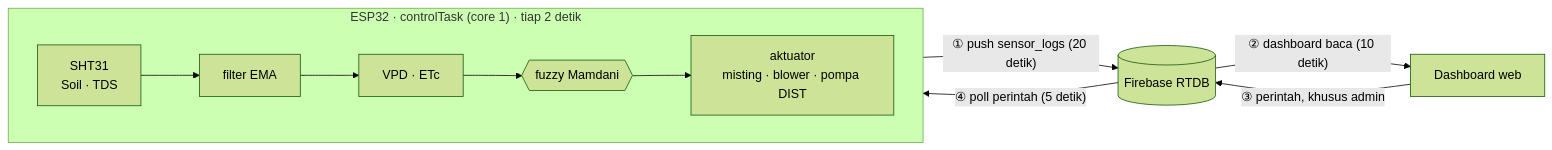
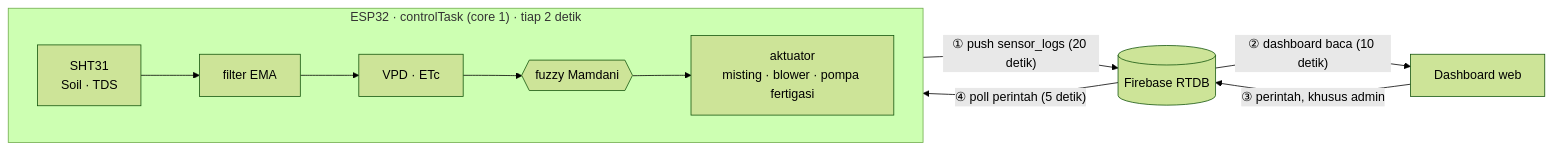
The diagram in README.md (will-zx/smart-greenhouse-dashboard), drawn with Mermaid (forest theme) before and after one commit. The commit also changed other lines of this file, not shown here.

````diff
--- a/README.md
+++ b/README.md
@@ -120,13 +122,13 @@
 ```mermaid
 flowchart LR
   subgraph ESP ["ESP32 · controlTask (core 1) · tiap 2 detik"]
     direction LR
-    S["SHT31<br/>Soil · TDS"] --> F["filter EMA"] --> V["VPD · ETc"] --> Z{{"fuzzy Mamdani"}} --> A["aktuator<br/>misting · blower · pompa DIST"]
+    S["SHT31<br/>Soil · TDS"] --> F["filter EMA"] --> V["VPD · ETc"] --> Z{{"fuzzy Mamdani"}} --> A["aktuator<br/>misting · blower · pompa fertigasi"]
   end
   R[("Firebase RTDB")]
   D["Dashboard web"]
   A -- "① push sensor_logs (20 detik)" --> R
   R -- "② dashboard baca (10 detik)" --> D
   D -- "③ perintah, khusus admin" --> R
   R -- "④ poll perintah (5 detik)" --> A
 ```
````
